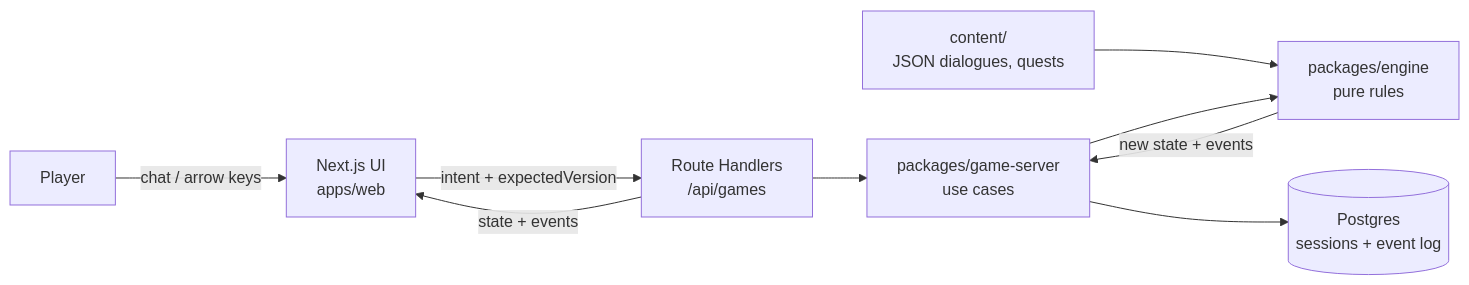
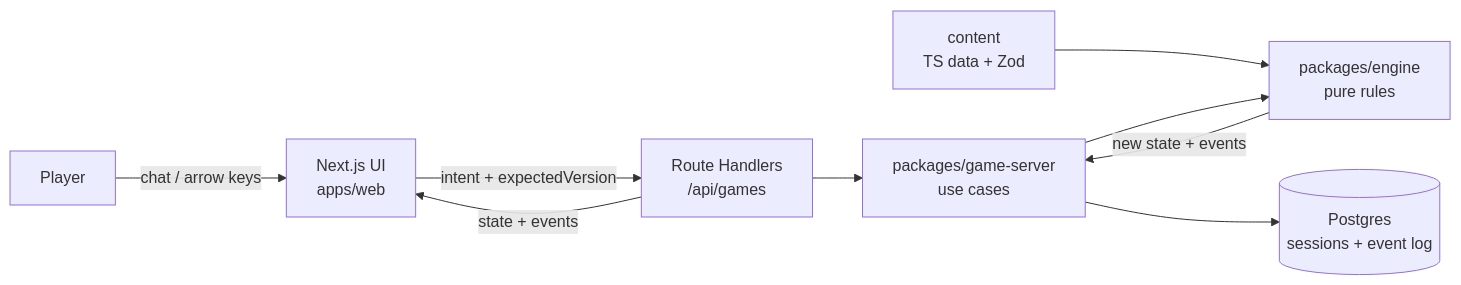
The diagram in README.md (jk-slezak/Grunberg), drawn with Mermaid before and after one commit. The commit also changed other lines of this file and 5 other files, not shown here.

````diff
--- a/README.md
+++ b/README.md
@@ -15,11 +15,11 @@
 ```mermaid
 flowchart LR
   P[Player] -->|chat / arrow keys| W[Next.js UI<br/>apps/web]
   W -->|intent + expectedVersion| R[Route Handlers<br/>/api/games]
   R --> S[packages/game-server<br/>use cases]
-  C[content/<br/>JSON dialogues, quests] --> E
+  C[content<br/>TS data + Zod] --> E
   S --> E[packages/engine<br/>pure rules]
   E -->|new state + events| S
   S --> D[(Postgres<br/>sessions + event log)]
   R -->|state + events| W
 ```
````
